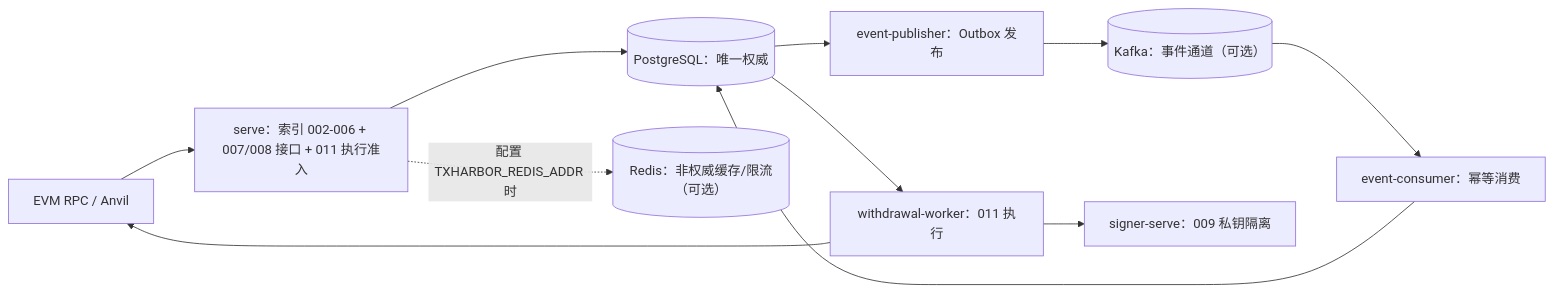
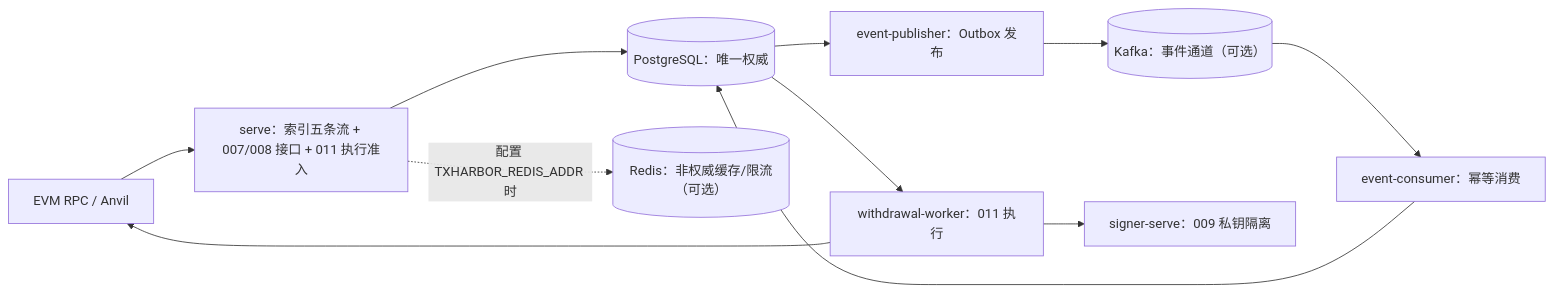
The diagram in README.md (xtianxx/TxHarbor), drawn with Mermaid before and after one commit. The commit also changed other lines of this file and 5 other files, not shown here.

First line of the commit message:
docs: 项目主页重构与架构/配置/验证文档（README 10 节 + architecture + configuration + verification-matrix）

````diff
--- a/README.md
+++ b/README.md
@@ -50,24 +48,24 @@
 ```mermaid
 %% 权威数据只在 PostgreSQL；Redis 不在 Outbox 投递链上（Kafka 才是事件通道）
 flowchart LR
   chain["EVM RPC / Anvil"]
   pg[("PostgreSQL：唯一权威")]
   redis[("Redis：非权威缓存/限流（可选）")]
   kafka[("Kafka：事件通道（可选）")]
-  serve["serve：索引 002-006 + 007/008 接口 + 011 执行准入"]
+  serve["serve：索引五条流 + 007/008 接口 + 011 执行准入"]
   signer["signer-serve：009 私钥隔离"]
   worker["withdrawal-worker：011 执行"]
   pub["event-publisher：Outbox 发布"]
   cons["event-consumer：幂等消费"]
 
   chain --> serve
   serve --> pg
   pg --> worker
   worker --> signer
   worker --> chain
   pg --> pub
   pub --> kafka
   kafka --> cons
   cons --> pg
   serve -. "配置 TXHARBOR_REDIS_ADDR 时" .-> redis
 ```
````
